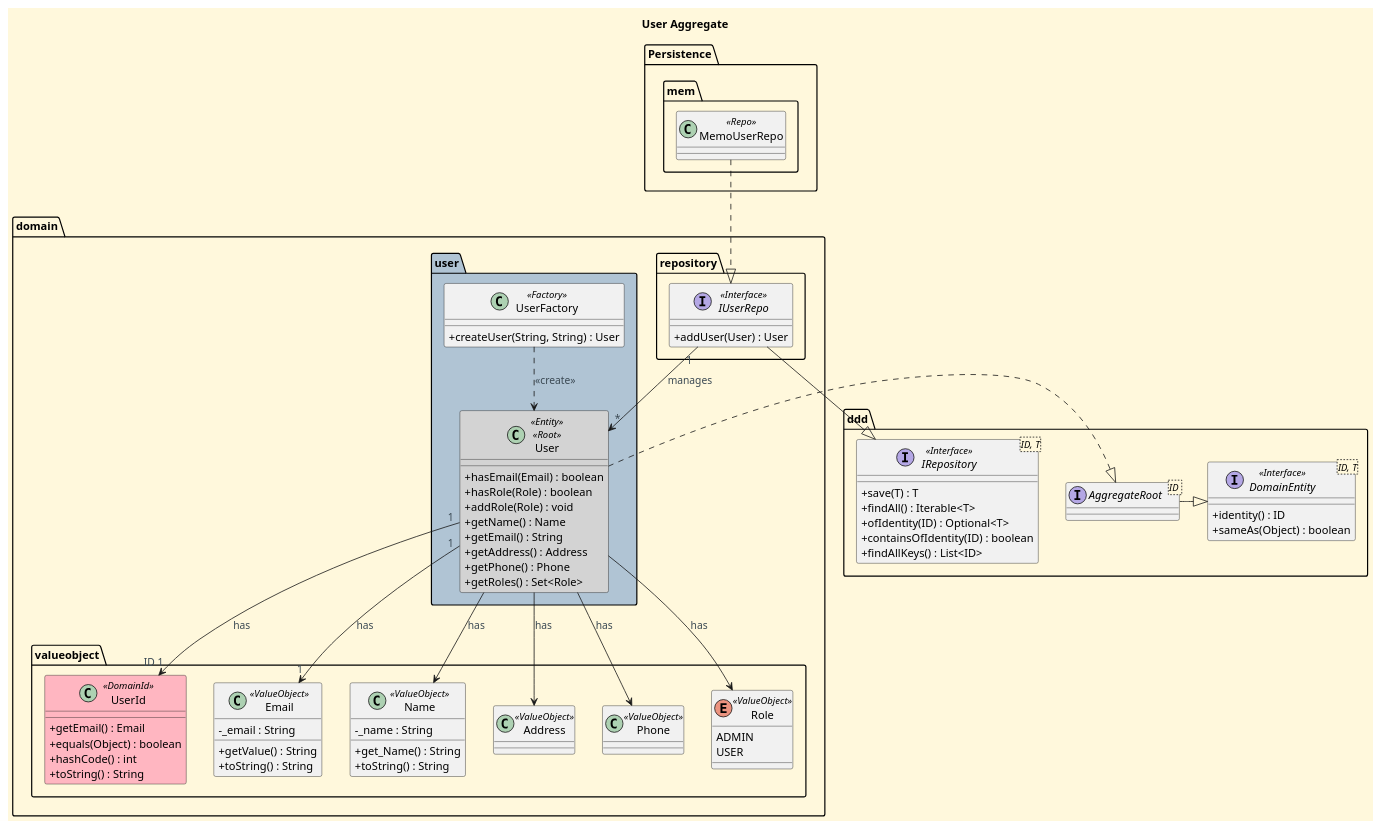
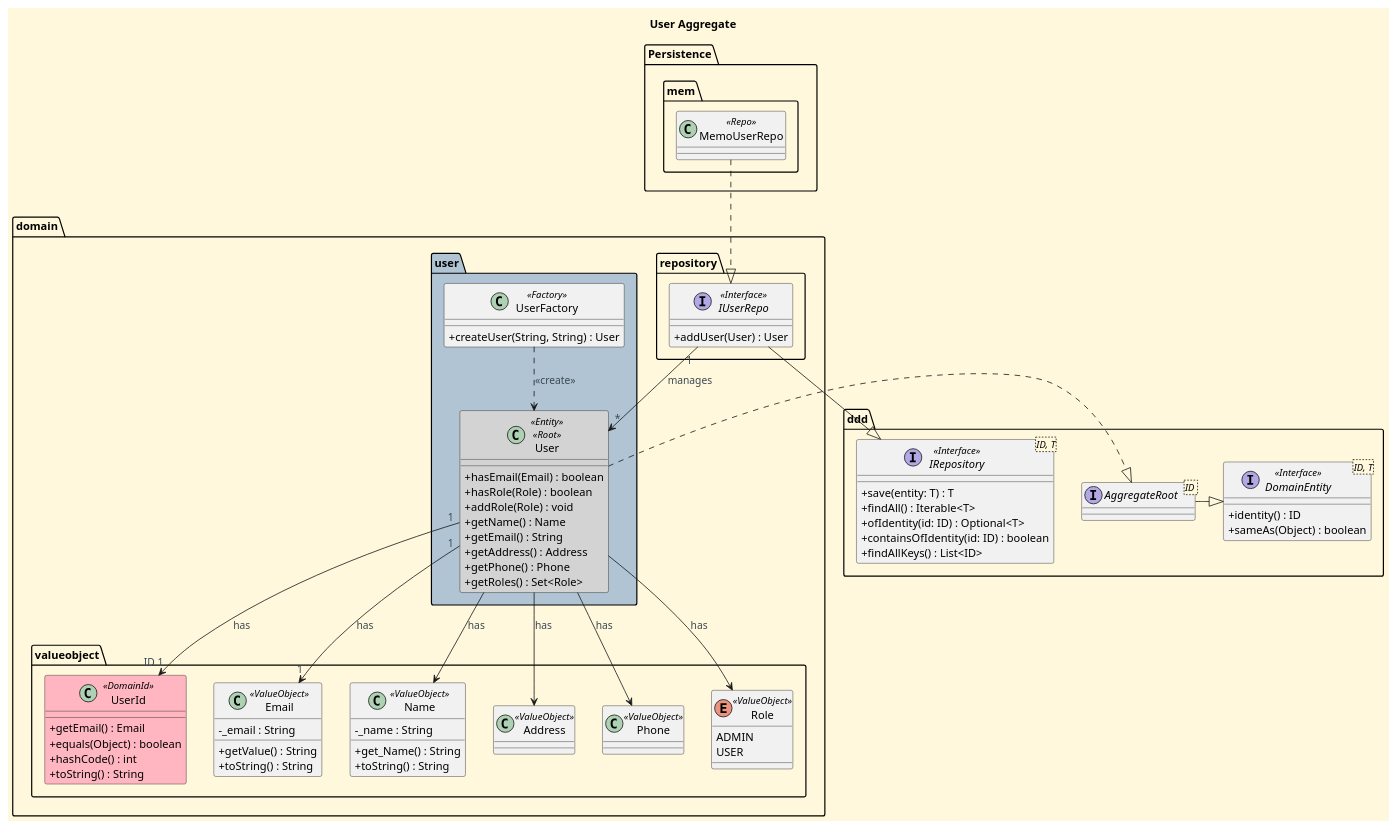
The diagram in docs/aggregates-diagrams/User_Aggregate.puml (CarolinaLeite-collab/JavaMarketplacePlatform), drawn with PlantUML before and after one commit. The commit also changed 7 other files, not shown here.

Commit message:
docs(aggregates): minor consistency fixes across aggregate diagrams (#552)

```diff
--- a/docs/aggregates-diagrams/User_Aggregate.puml
+++ b/docs/aggregates-diagrams/User_Aggregate.puml
@@ -1,130 +1,130 @@
 @startuml
 
 '==== Title ====
 title User Aggregate
 top to bottom direction
 
 '==== basic style ====
 skinparam monochrome false
 skinparam shadowing false
 skinparam defaultFontName Futura
 skinparam objectFontSize 20
 skinparam backgroundColor CornSilk
 skinparam objectBackgroundColor WhiteSmoke
 skinparam noteBackgroundColor #FFFFE0
 skinparam ArrowFontColor #3B4953
 skinparam ActivationBackgroundColor black
 skinparam classAttributeIconSize 0
 
 ' ===== Persistence =====
 Package "Persistence" {
     package "mem"  {
     class MemoUserRepo <<Repo>> {
     }
    }
 }
 
 ' ===== Domain =====
 Package "domain" {
 
     Package "user" <<Folder>> #b0c4d4 {
 
         class User <<Entity>> <<Root>> #lightgrey {
             + hasEmail(Email) : boolean
             + hasRole(Role) : boolean
             + addRole(Role) : void
             + getName() : Name
             + getEmail() : String
             + getAddress() : Address
             + getPhone() : Phone
             + getRoles() : Set<Role>
         }
 
         class UserFactory <<Factory>> {
             + createUser(String, String) : User
         }
 
     }
 
     Package "valueobject" {
 
         class UserId <<DomainId>> #LightPink {
             + getEmail() : Email
             + equals(Object) : boolean
             + hashCode() : int
             + toString() : String
         }
 
         class Email <<ValueObject>> {
             - _email : String
             + getValue() : String
             + toString() : String
         }
 
         class Name <<ValueObject>>{
             - _name : String
             + get_Name() : String
             + toString() : String
         }
 
         class Address <<ValueObject>> {
         }
 
         class Phone <<ValueObject>> {
         }
 
         enum Role <<ValueObject>> {
             ADMIN
             USER
         }
     }
 
     Package "repository" <<Folder>> {
         interface IUserRepo <<Interface>> {
             + addUser(User) : User
         }
     }
 
  }
 
 Package "ddd" {
     interface IRepository<ID, T> <<Interface>> {
-        +save(T) : T
+        +save(entity: T) : T
         +findAll() : Iterable<T>
-        +ofIdentity(ID) : Optional<T>
-        +containsOfIdentity(ID) : boolean
+        +ofIdentity(id: ID) : Optional<T>
+        +containsOfIdentity(id: ID) : boolean
         +findAllKeys() : List<ID>
     }
 
     interface AggregateRoot <ID >{
     }
     interface DomainEntity<ID, T> <<Interface>> {
         +identity() : ID
         +sameAs(Object) : boolean
     }
 }
 
 
 
 
 ' ===== Relations =====
 User "1" --> "ID 1" UserId : has
 User "1" --> "1" Email : has
 
 User --> Name : has
 User --> Role : has
 User --> Address : has
 User --> Phone : has
 
 IUserRepo "1" --> "*" User : manages
 MemoUserRepo ..|> IUserRepo
 
 UserFactory ..> User : <<create>>
 
 AggregateRoot -|> DomainEntity
 User .|> AggregateRoot
 
 IUserRepo -|> IRepository
 
 
 @enduml
```
